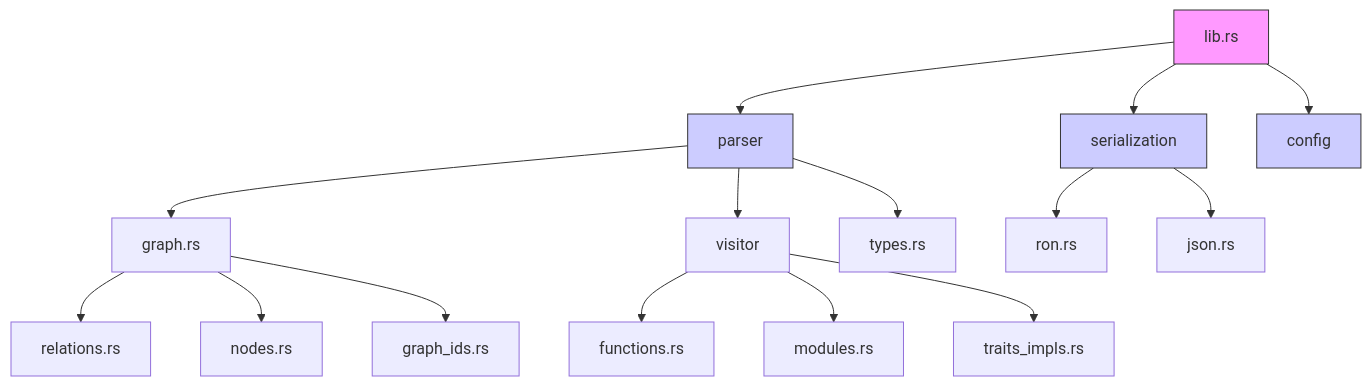
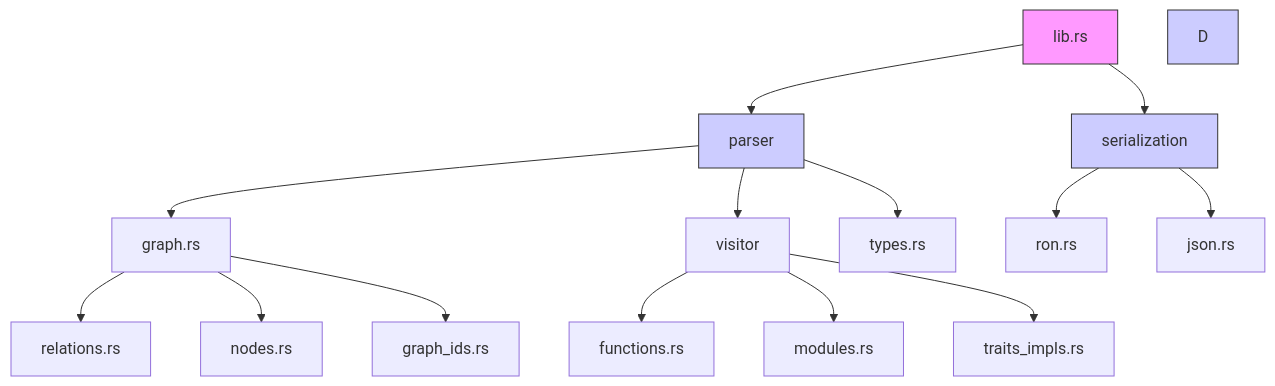
One commit to josephleblanc/syn_parser changed the first of 3 diagrams in project_description.md. Above: the diagram before and after it, drawn with Mermaid. The commit also changed other lines of this file and 1 other file, not shown here.

````diff
--- a/project_description.md
+++ b/project_description.md
@@ -239,26 +218,25 @@
 ```mermaid
 graph TD
     A[lib.rs] --> B[parser]
     A --> C[serialization]
-    A --> D[config]
     
     B --> E[graph.rs]
     B --> F[visitor]
     B --> G[types.rs]
     
     E --> H[relations.rs]
     E --> I[nodes.rs]
     E --> J[graph_ids.rs]
     
     F --> K[functions.rs]
     F --> L[modules.rs]
     F --> M[traits_impls.rs]
     
     C --> N[ron.rs]
     C --> O[json.rs]
     
     style A fill:#f9f,stroke:#333
     style B fill:#ccf,stroke:#333
     style C fill:#ccf,stroke:#333
     style D fill:#ccf,stroke:#333
 ```
````
